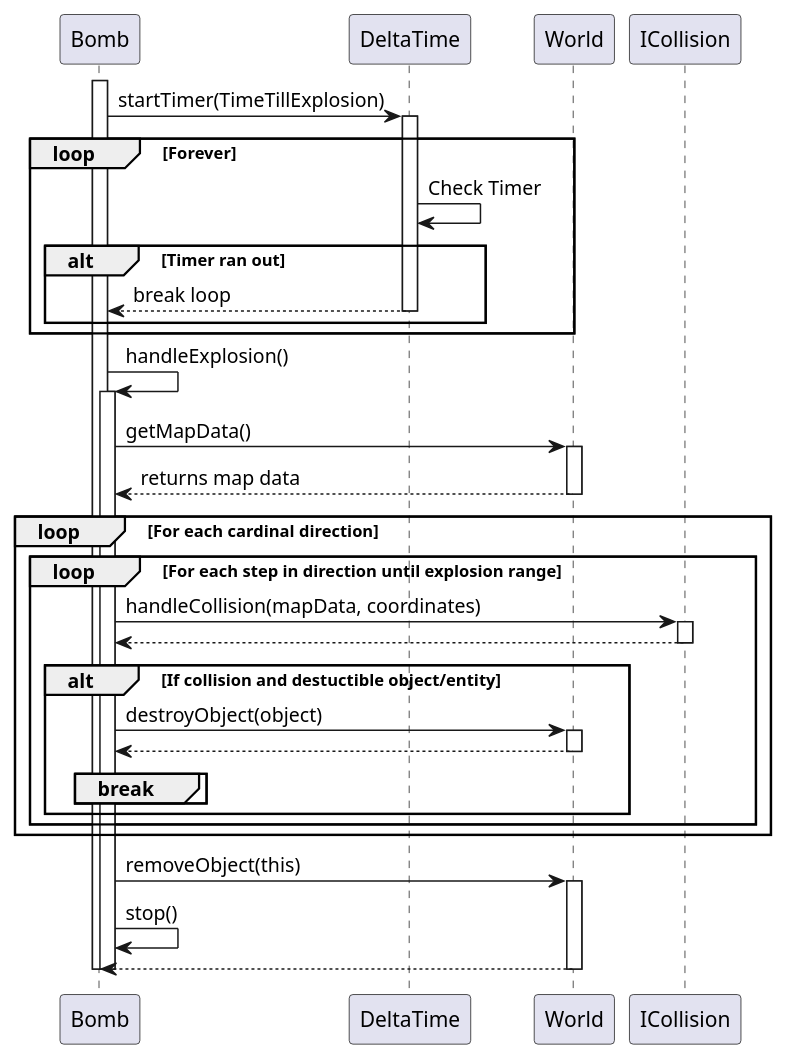
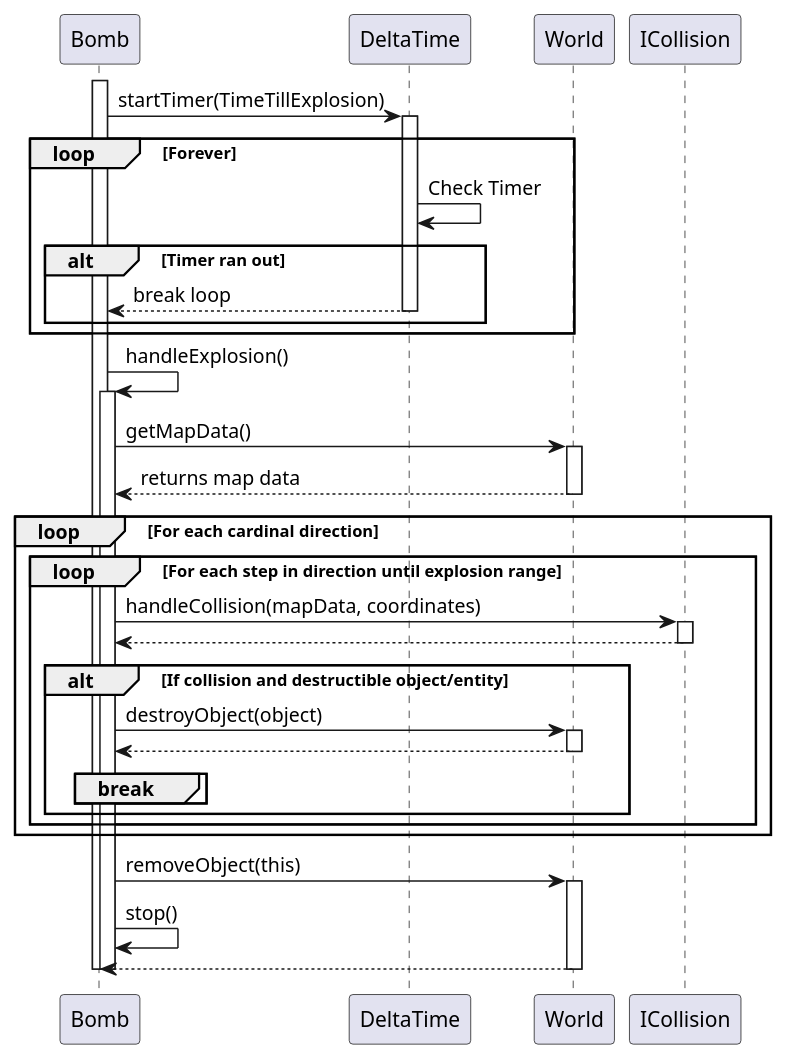
One commit to TidosDK/boom-battle changed the diagram in Documentation/weapon_seq.puml. Above: the diagram before and after it, drawn with PlantUML.

Commit message:
Minor gramma fix

```diff
--- a/Documentation/weapon_seq.puml
+++ b/Documentation/weapon_seq.puml
@@ -1,66 +1,66 @@
 @startuml
 
 participant Bomb
 participant DeltaTime
 participant World
 participant ICollision
 
 
 activate Bomb
 
 	Bomb->DeltaTime: startTimer(TimeTillExplosion)
 
 	activate DeltaTime
 	loop Forever
 	DeltaTime -> DeltaTime: Check Timer
 		alt Timer ran out
 			DeltaTime-->Bomb: break loop
 			deactivate DeltaTime
 		end
 	end
 
 	Bomb -> Bomb: handleExplosion()
 	activate Bomb
 
 		' Map data is both objects and entities
 		Bomb -> World: getMapData()
 		activate World
 
 		World --> Bomb: returns map data
 		deactivate World
 
 
 		loop For each cardinal direction
 			loop For each step in direction until explosion range
 
 				Bomb -> ICollision: handleCollision(mapData, coordinates)
 				activate ICollision
 
 				ICollision --> Bomb
 				deactivate ICollision
 
-				alt If collision and destuctible object/entity
+				alt If collision and destructible object/entity
 					Bomb -> World: destroyObject(object)
 					activate World
 
 					World --> Bomb
 					deactivate World
 					break
 					end
 				end
 			end
 		end
 
 		Bomb -> World: removeObject(this)
 		activate World
 
 		Bomb -> Bomb: stop()
 
 		World --> Bomb
 		deactivate World
 
 	deactivate Bomb
 
 deactivate Bomb
 
 @enduml
```
